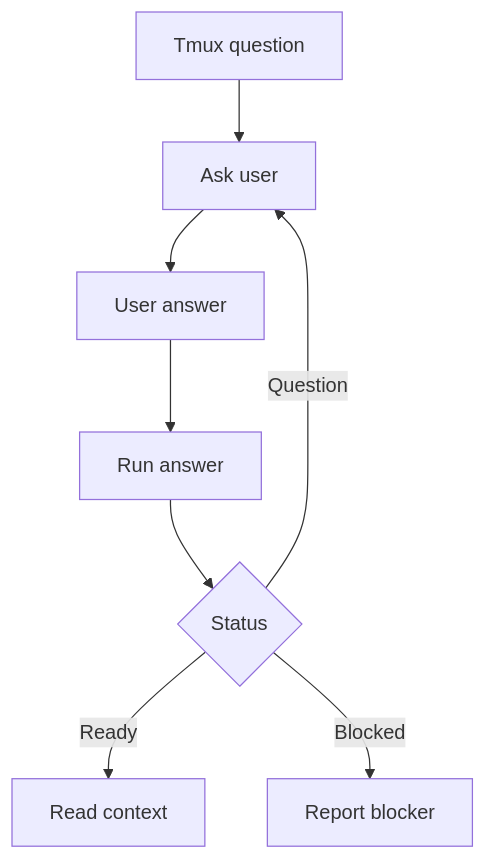
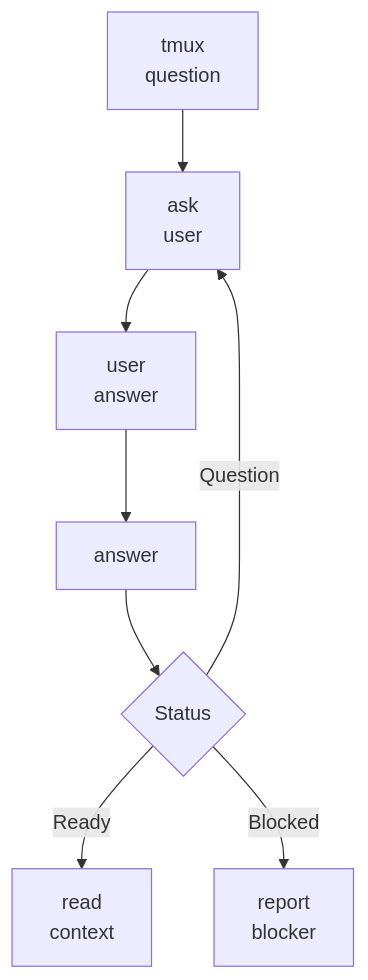
One commit to TrailblazerSR/ask-tmux-pipeline changed the fifth of 7 diagrams in README.md. Above: the diagram before and after it, drawn with Mermaid. The commit also changed other lines of this file, not shown here.

First line of the commit message:
Wrap Mermaid labels for reliable GitHub rendering

````diff
--- a/README.md
+++ b/README.md
@@ -173,13 +190,18 @@
 ```mermaid
 flowchart TD
     accTitle: Clarification Relay
     accDescr: Clarification flow for relaying a tmux CLI question to the user and sending the answer back into the same pipeline
 
-    tmux_question[Tmux question] --> ask_owner[Ask user]
-    ask_owner --> user_answer[User answer]
-    user_answer --> run_answer[Run answer]
+    tmux_question["`tmux
+    question`"] --> ask_owner["`ask
+    user`"]
+    ask_owner --> user_answer["`user
+    answer`"]
+    user_answer --> run_answer["`answer`"]
     run_answer --> next_status{Status}
-    next_status -->|Ready| read_context[Read context]
+    next_status -->|Ready| read_context["`read
+    context`"]
     next_status -->|Question| ask_owner
-    next_status -->|Blocked| report_blocker[Report blocker]
+    next_status -->|Blocked| report_blocker["`report
+    blocker`"]
 ```
````
